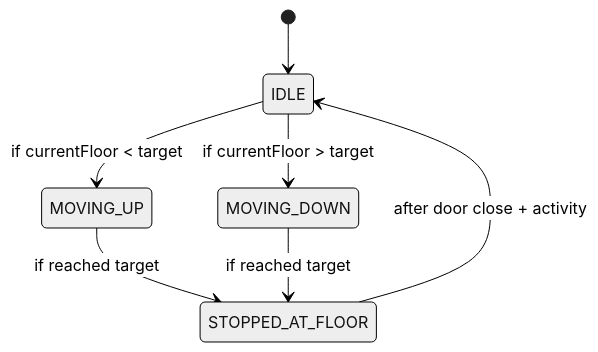
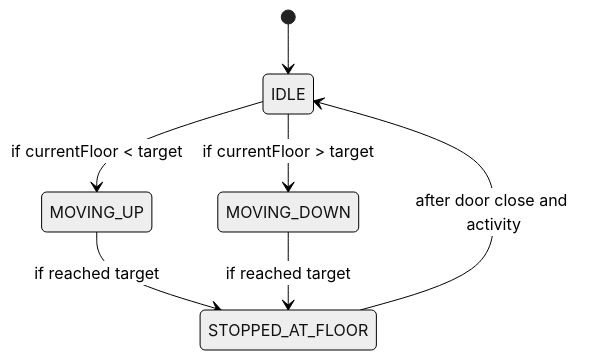
The second of 7 diagrams in README.md (shammaihamilton/elevator-simulator), drawn with Mermaid (neutral theme) before and after one commit. The commit also changed other lines of this file, not shown here.

````diff
--- a/README.md
+++ b/README.md
@@ -50,9 +50,9 @@
 ```mermaid
 stateDiagram-v2
   [*] --> IDLE
   IDLE --> MOVING_UP : if currentFloor < target
   IDLE --> MOVING_DOWN : if currentFloor > target
   MOVING_UP --> STOPPED_AT_FLOOR : if reached target
   MOVING_DOWN --> STOPPED_AT_FLOOR : if reached target
-  STOPPED_AT_FLOOR --> IDLE : after door close + activity
+  STOPPED_AT_FLOOR --> IDLE : after door close and activity
 ```
````
